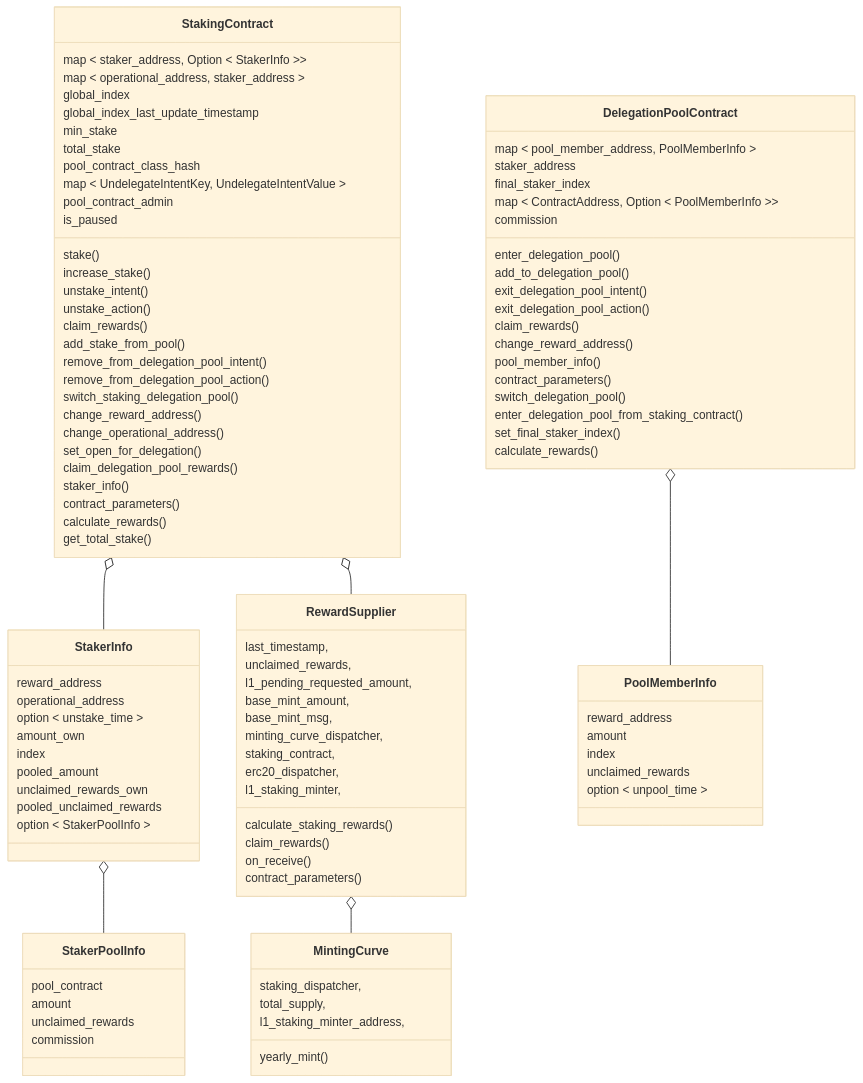
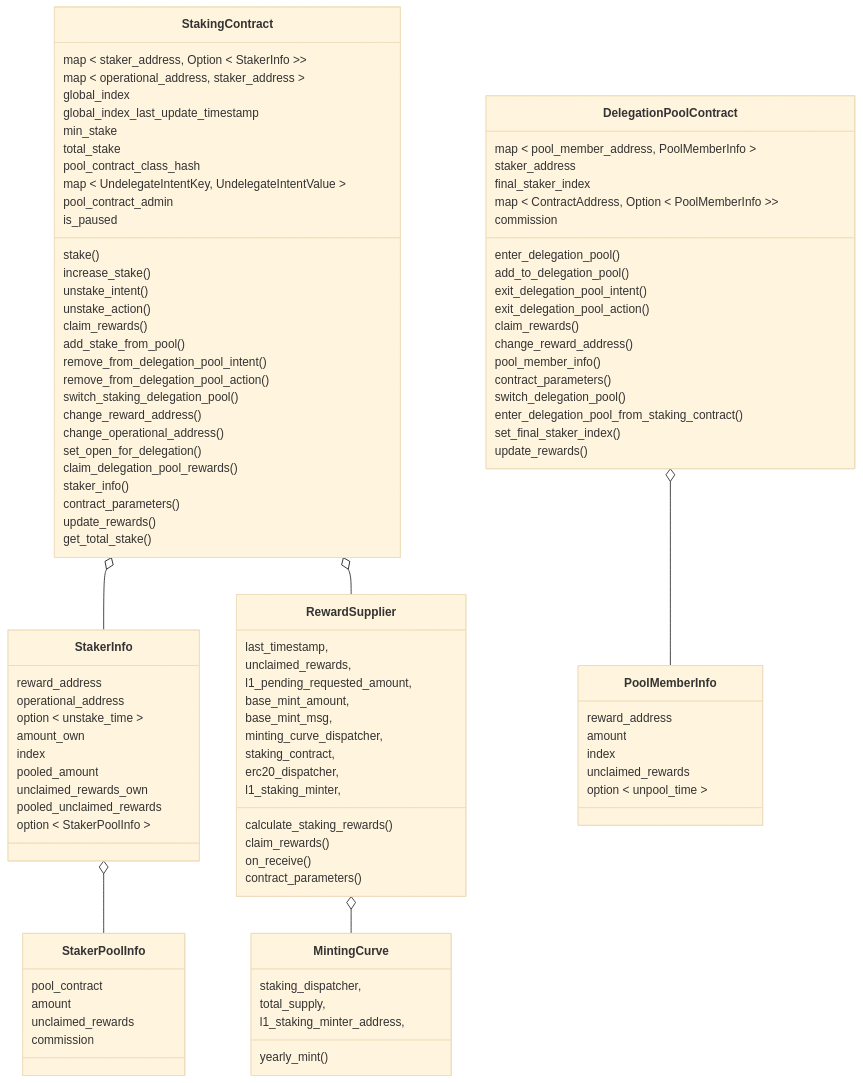
The first of 8 diagrams in workspace/apps/staking/docs/spec.md (starkware-libs/starknet-staking), drawn with Mermaid (base theme) before and after one commit. The commit also changed other lines of this file and 6 other files, not shown here.

Commit message:
feat(staking): change calculate rewards name (#1958)

```diff
--- a/workspace/apps/staking/docs/spec.md
+++ b/workspace/apps/staking/docs/spec.md
@@ -168,7 +168,7 @@
     claim_delegation_pool_rewards()
     staker_info()
     contract_parameters()
-    calculate_rewards()
+    update_rewards()
     get_total_stake()
 
   }
@@ -189,7 +189,7 @@
     switch_delegation_pool()
     enter_delegation_pool_from_staking_contract()
     set_final_staker_index()
-    calculate_rewards()
+    update_rewards()
   }
   class StakerInfo{
     reward_address
```
